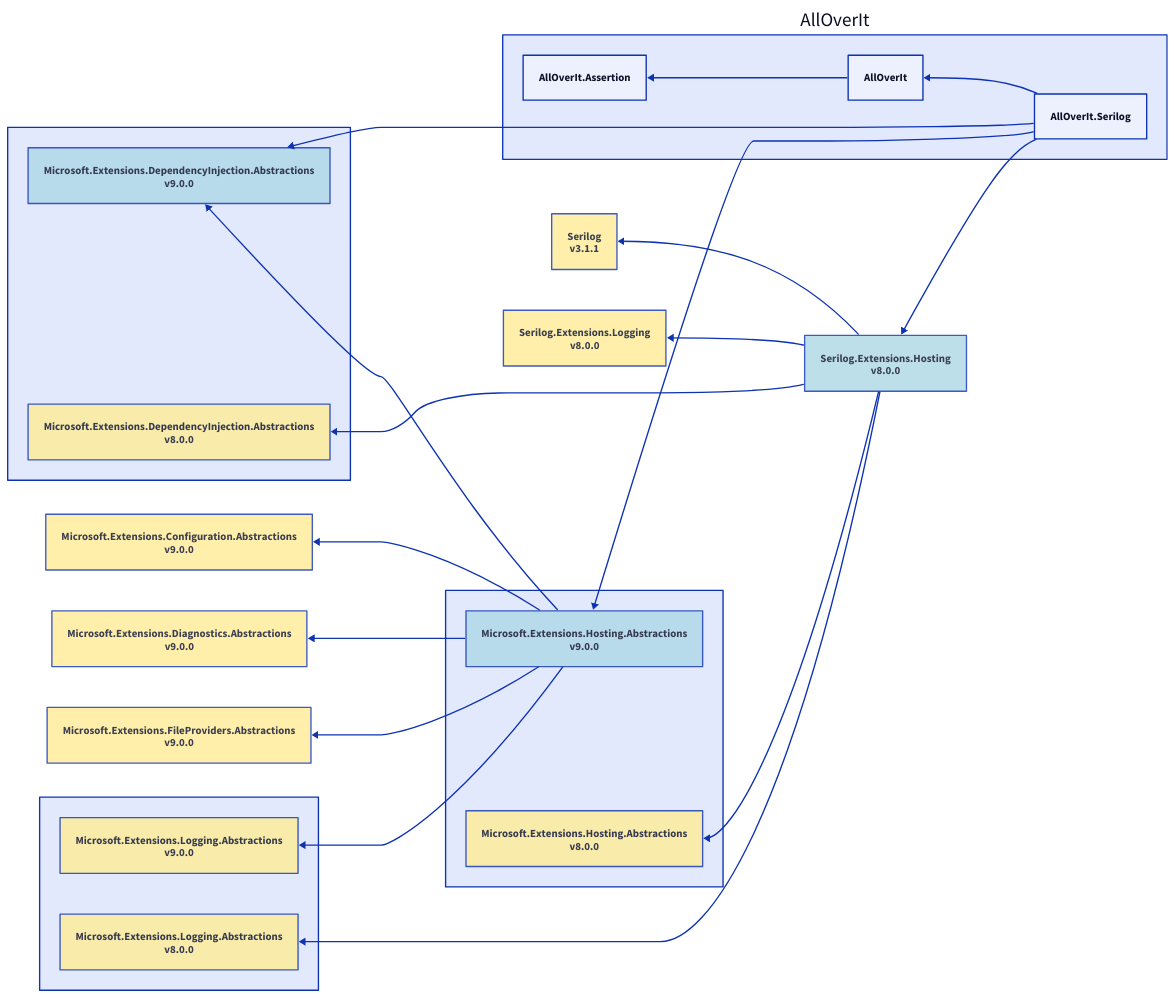
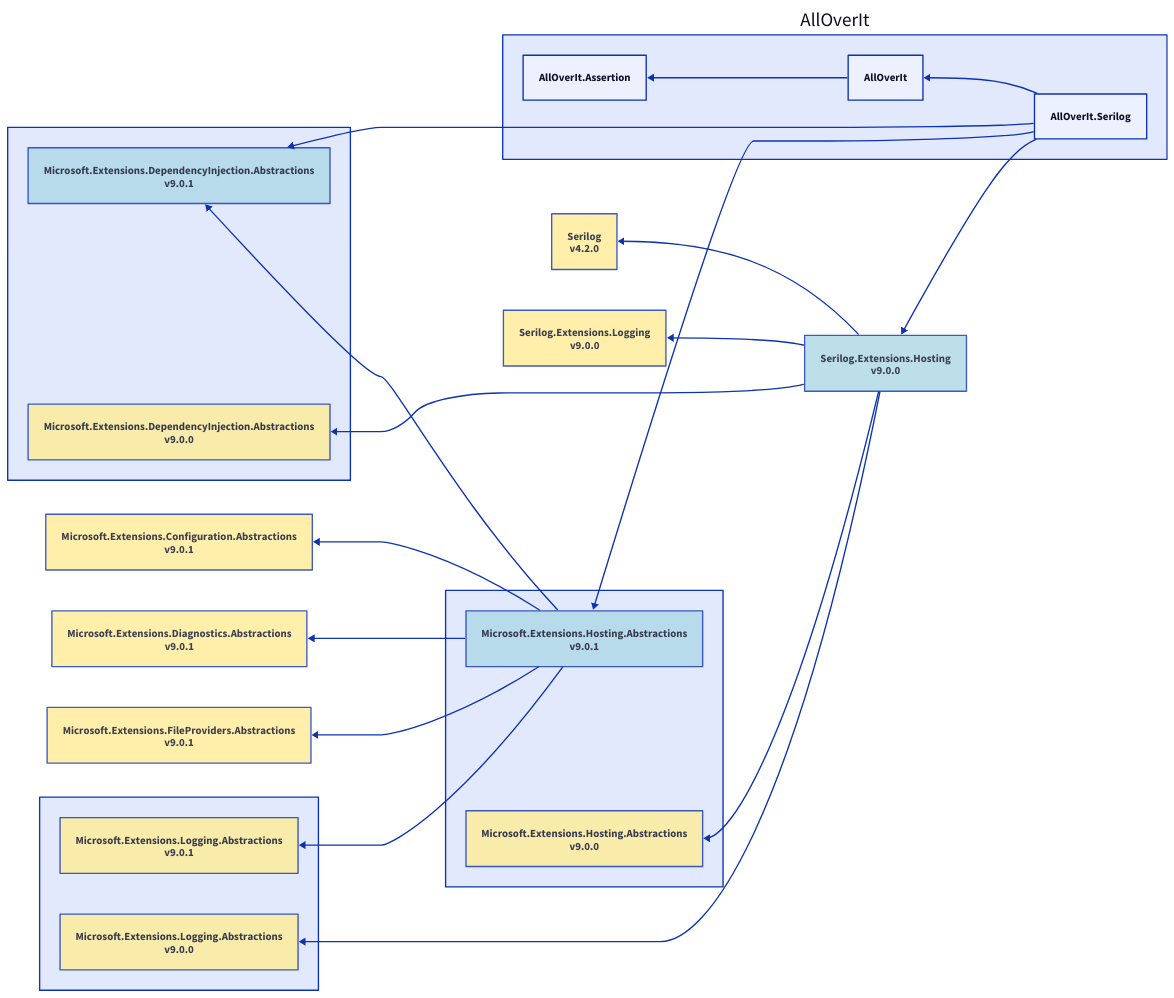
One commit to mjfreelancing/AllOverIt changed the diagram in Docs/Reference/Content/images/dependencies/net9.0/alloverit-serilog.d2. Above: the diagram before and after it, drawn with D2. The commit also changed 111 other files, not shown here.

```diff
--- a/Docs/Reference/Content/images/dependencies/net9.0/alloverit-serilog.d2
+++ b/Docs/Reference/Content/images/dependencies/net9.0/alloverit-serilog.d2
@@ -1,60 +1,60 @@
 direction: left
 
 aoi: AllOverIt
 aoi.alloverit-serilog: AllOverIt.Serilog
 microsoft-extensions-dependencyinjection-abstractions-group: ""
+microsoft-extensions-dependencyinjection-abstractions-group.microsoft-extensions-dependencyinjection-abstractions_9-0-1: Microsoft.Extensions.DependencyInjection.Abstractions\nv9.0.1
+microsoft-extensions-dependencyinjection-abstractions-group.microsoft-extensions-dependencyinjection-abstractions_9-0-1.style.fill: "#ADD8E6"
+microsoft-extensions-dependencyinjection-abstractions-group.microsoft-extensions-dependencyinjection-abstractions_9-0-1.style.opacity: 0.8
+microsoft-extensions-dependencyinjection-abstractions-group.microsoft-extensions-dependencyinjection-abstractions_9-0-1 <- aoi.alloverit-serilog
+microsoft-extensions-hosting-abstractions-group: ""
+microsoft-extensions-hosting-abstractions-group.microsoft-extensions-hosting-abstractions_9-0-1: Microsoft.Extensions.Hosting.Abstractions\nv9.0.1
+microsoft-extensions-hosting-abstractions-group.microsoft-extensions-hosting-abstractions_9-0-1.style.fill: "#ADD8E6"
+microsoft-extensions-hosting-abstractions-group.microsoft-extensions-hosting-abstractions_9-0-1.style.opacity: 0.8
+microsoft-extensions-configuration-abstractions_9-0-1: Microsoft.Extensions.Configuration.Abstractions\nv9.0.1
+microsoft-extensions-configuration-abstractions_9-0-1.style.fill: "#FFEC96"
+microsoft-extensions-configuration-abstractions_9-0-1.style.opacity: 0.8
+microsoft-extensions-configuration-abstractions_9-0-1 <- microsoft-extensions-hosting-abstractions-group.microsoft-extensions-hosting-abstractions_9-0-1
+microsoft-extensions-dependencyinjection-abstractions-group.microsoft-extensions-dependencyinjection-abstractions_9-0-1 <- microsoft-extensions-hosting-abstractions-group.microsoft-extensions-hosting-abstractions_9-0-1
+microsoft-extensions-diagnostics-abstractions_9-0-1: Microsoft.Extensions.Diagnostics.Abstractions\nv9.0.1
+microsoft-extensions-diagnostics-abstractions_9-0-1.style.fill: "#FFEC96"
+microsoft-extensions-diagnostics-abstractions_9-0-1.style.opacity: 0.8
+microsoft-extensions-diagnostics-abstractions_9-0-1 <- microsoft-extensions-hosting-abstractions-group.microsoft-extensions-hosting-abstractions_9-0-1
+microsoft-extensions-fileproviders-abstractions_9-0-1: Microsoft.Extensions.FileProviders.Abstractions\nv9.0.1
+microsoft-extensions-fileproviders-abstractions_9-0-1.style.fill: "#FFEC96"
+microsoft-extensions-fileproviders-abstractions_9-0-1.style.opacity: 0.8
+microsoft-extensions-fileproviders-abstractions_9-0-1 <- microsoft-extensions-hosting-abstractions-group.microsoft-extensions-hosting-abstractions_9-0-1
+microsoft-extensions-logging-abstractions-group: ""
+microsoft-extensions-logging-abstractions-group.microsoft-extensions-logging-abstractions_9-0-1: Microsoft.Extensions.Logging.Abstractions\nv9.0.1
+microsoft-extensions-logging-abstractions-group.microsoft-extensions-logging-abstractions_9-0-1.style.fill: "#FFEC96"
+microsoft-extensions-logging-abstractions-group.microsoft-extensions-logging-abstractions_9-0-1.style.opacity: 0.8
+microsoft-extensions-logging-abstractions-group.microsoft-extensions-logging-abstractions_9-0-1 <- microsoft-extensions-hosting-abstractions-group.microsoft-extensions-hosting-abstractions_9-0-1
+microsoft-extensions-hosting-abstractions-group.microsoft-extensions-hosting-abstractions_9-0-1 <- aoi.alloverit-serilog
+serilog-extensions-hosting_9-0-0: Serilog.Extensions.Hosting\nv9.0.0
+serilog-extensions-hosting_9-0-0.style.fill: "#ADD8E6"
+serilog-extensions-hosting_9-0-0.style.opacity: 0.8
 microsoft-extensions-dependencyinjection-abstractions-group.microsoft-extensions-dependencyinjection-abstractions_9-0-0: Microsoft.Extensions.DependencyInjection.Abstractions\nv9.0.0
-microsoft-extensions-dependencyinjection-abstractions-group.microsoft-extensions-dependencyinjection-abstractions_9-0-0.style.fill: "#ADD8E6"
+microsoft-extensions-dependencyinjection-abstractions-group.microsoft-extensions-dependencyinjection-abstractions_9-0-0.style.fill: "#FFEC96"
 microsoft-extensions-dependencyinjection-abstractions-group.microsoft-extensions-dependencyinjection-abstractions_9-0-0.style.opacity: 0.8
-microsoft-extensions-dependencyinjection-abstractions-group.microsoft-extensions-dependencyinjection-abstractions_9-0-0 <- aoi.alloverit-serilog
-microsoft-extensions-hosting-abstractions-group: ""
+microsoft-extensions-dependencyinjection-abstractions-group.microsoft-extensions-dependencyinjection-abstractions_9-0-0 <- serilog-extensions-hosting_9-0-0
 microsoft-extensions-hosting-abstractions-group.microsoft-extensions-hosting-abstractions_9-0-0: Microsoft.Extensions.Hosting.Abstractions\nv9.0.0
-microsoft-extensions-hosting-abstractions-group.microsoft-extensions-hosting-abstractions_9-0-0.style.fill: "#ADD8E6"
+microsoft-extensions-hosting-abstractions-group.microsoft-extensions-hosting-abstractions_9-0-0.style.fill: "#FFEC96"
 microsoft-extensions-hosting-abstractions-group.microsoft-extensions-hosting-abstractions_9-0-0.style.opacity: 0.8
-microsoft-extensions-configuration-abstractions_9-0-0: Microsoft.Extensions.Configuration.Abstractions\nv9.0.0
-microsoft-extensions-configuration-abstractions_9-0-0.style.fill: "#FFEC96"
-microsoft-extensions-configuration-abstractions_9-0-0.style.opacity: 0.8
-microsoft-extensions-configuration-abstractions_9-0-0 <- microsoft-extensions-hosting-abstractions-group.microsoft-extensions-hosting-abstractions_9-0-0
-microsoft-extensions-dependencyinjection-abstractions-group.microsoft-extensions-dependencyinjection-abstractions_9-0-0 <- microsoft-extensions-hosting-abstractions-group.microsoft-extensions-hosting-abstractions_9-0-0
-microsoft-extensions-diagnostics-abstractions_9-0-0: Microsoft.Extensions.Diagnostics.Abstractions\nv9.0.0
-microsoft-extensions-diagnostics-abstractions_9-0-0.style.fill: "#FFEC96"
-microsoft-extensions-diagnostics-abstractions_9-0-0.style.opacity: 0.8
-microsoft-extensions-diagnostics-abstractions_9-0-0 <- microsoft-extensions-hosting-abstractions-group.microsoft-extensions-hosting-abstractions_9-0-0
-microsoft-extensions-fileproviders-abstractions_9-0-0: Microsoft.Extensions.FileProviders.Abstractions\nv9.0.0
-microsoft-extensions-fileproviders-abstractions_9-0-0.style.fill: "#FFEC96"
-microsoft-extensions-fileproviders-abstractions_9-0-0.style.opacity: 0.8
-microsoft-extensions-fileproviders-abstractions_9-0-0 <- microsoft-extensions-hosting-abstractions-group.microsoft-extensions-hosting-abstractions_9-0-0
-microsoft-extensions-logging-abstractions-group: ""
+microsoft-extensions-hosting-abstractions-group.microsoft-extensions-hosting-abstractions_9-0-0 <- serilog-extensions-hosting_9-0-0
 microsoft-extensions-logging-abstractions-group.microsoft-extensions-logging-abstractions_9-0-0: Microsoft.Extensions.Logging.Abstractions\nv9.0.0
 microsoft-extensions-logging-abstractions-group.microsoft-extensions-logging-abstractions_9-0-0.style.fill: "#FFEC96"
 microsoft-extensions-logging-abstractions-group.microsoft-extensions-logging-abstractions_9-0-0.style.opacity: 0.8
-microsoft-extensions-logging-abstractions-group.microsoft-extensions-logging-abstractions_9-0-0 <- microsoft-extensions-hosting-abstractions-group.microsoft-extensions-hosting-abstractions_9-0-0
-microsoft-extensions-hosting-abstractions-group.microsoft-extensions-hosting-abstractions_9-0-0 <- aoi.alloverit-serilog
-serilog-extensions-hosting_8-0-0: Serilog.Extensions.Hosting\nv8.0.0
-serilog-extensions-hosting_8-0-0.style.fill: "#ADD8E6"
-serilog-extensions-hosting_8-0-0.style.opacity: 0.8
-microsoft-extensions-dependencyinjection-abstractions-group.microsoft-extensions-dependencyinjection-abstractions_8-0-0: Microsoft.Extensions.DependencyInjection.Abstractions\nv8.0.0
-microsoft-extensions-dependencyinjection-abstractions-group.microsoft-extensions-dependencyinjection-abstractions_8-0-0.style.fill: "#FFEC96"
-microsoft-extensions-dependencyinjection-abstractions-group.microsoft-extensions-dependencyinjection-abstractions_8-0-0.style.opacity: 0.8
-microsoft-extensions-dependencyinjection-abstractions-group.microsoft-extensions-dependencyinjection-abstractions_8-0-0 <- serilog-extensions-hosting_8-0-0
-microsoft-extensions-hosting-abstractions-group.microsoft-extensions-hosting-abstractions_8-0-0: Microsoft.Extensions.Hosting.Abstractions\nv8.0.0
-microsoft-extensions-hosting-abstractions-group.microsoft-extensions-hosting-abstractions_8-0-0.style.fill: "#FFEC96"
-microsoft-extensions-hosting-abstractions-group.microsoft-extensions-hosting-abstractions_8-0-0.style.opacity: 0.8
-microsoft-extensions-hosting-abstractions-group.microsoft-extensions-hosting-abstractions_8-0-0 <- serilog-extensions-hosting_8-0-0
-microsoft-extensions-logging-abstractions-group.microsoft-extensions-logging-abstractions_8-0-0: Microsoft.Extensions.Logging.Abstractions\nv8.0.0
-microsoft-extensions-logging-abstractions-group.microsoft-extensions-logging-abstractions_8-0-0.style.fill: "#FFEC96"
-microsoft-extensions-logging-abstractions-group.microsoft-extensions-logging-abstractions_8-0-0.style.opacity: 0.8
-microsoft-extensions-logging-abstractions-group.microsoft-extensions-logging-abstractions_8-0-0 <- serilog-extensions-hosting_8-0-0
-serilog_3-1-1: Serilog\nv3.1.1
-serilog_3-1-1.style.fill: "#FFEC96"
-serilog_3-1-1.style.opacity: 0.8
-serilog_3-1-1 <- serilog-extensions-hosting_8-0-0
-serilog-extensions-logging_8-0-0: Serilog.Extensions.Logging\nv8.0.0
-serilog-extensions-logging_8-0-0.style.fill: "#FFEC96"
-serilog-extensions-logging_8-0-0.style.opacity: 0.8
-serilog-extensions-logging_8-0-0 <- serilog-extensions-hosting_8-0-0
-serilog-extensions-hosting_8-0-0 <- aoi.alloverit-serilog
+microsoft-extensions-logging-abstractions-group.microsoft-extensions-logging-abstractions_9-0-0 <- serilog-extensions-hosting_9-0-0
+serilog_4-2-0: Serilog\nv4.2.0
+serilog_4-2-0.style.fill: "#FFEC96"
+serilog_4-2-0.style.opacity: 0.8
+serilog_4-2-0 <- serilog-extensions-hosting_9-0-0
+serilog-extensions-logging_9-0-0: Serilog.Extensions.Logging\nv9.0.0
+serilog-extensions-logging_9-0-0.style.fill: "#FFEC96"
+serilog-extensions-logging_9-0-0.style.opacity: 0.8
+serilog-extensions-logging_9-0-0 <- serilog-extensions-hosting_9-0-0
+serilog-extensions-hosting_9-0-0 <- aoi.alloverit-serilog
 aoi.alloverit: AllOverIt
 aoi.alloverit-assertion: AllOverIt.Assertion
 aoi.alloverit-assertion <- aoi.alloverit
 aoi.alloverit <- aoi.alloverit-serilog
```
